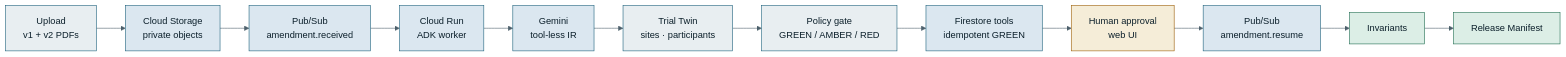
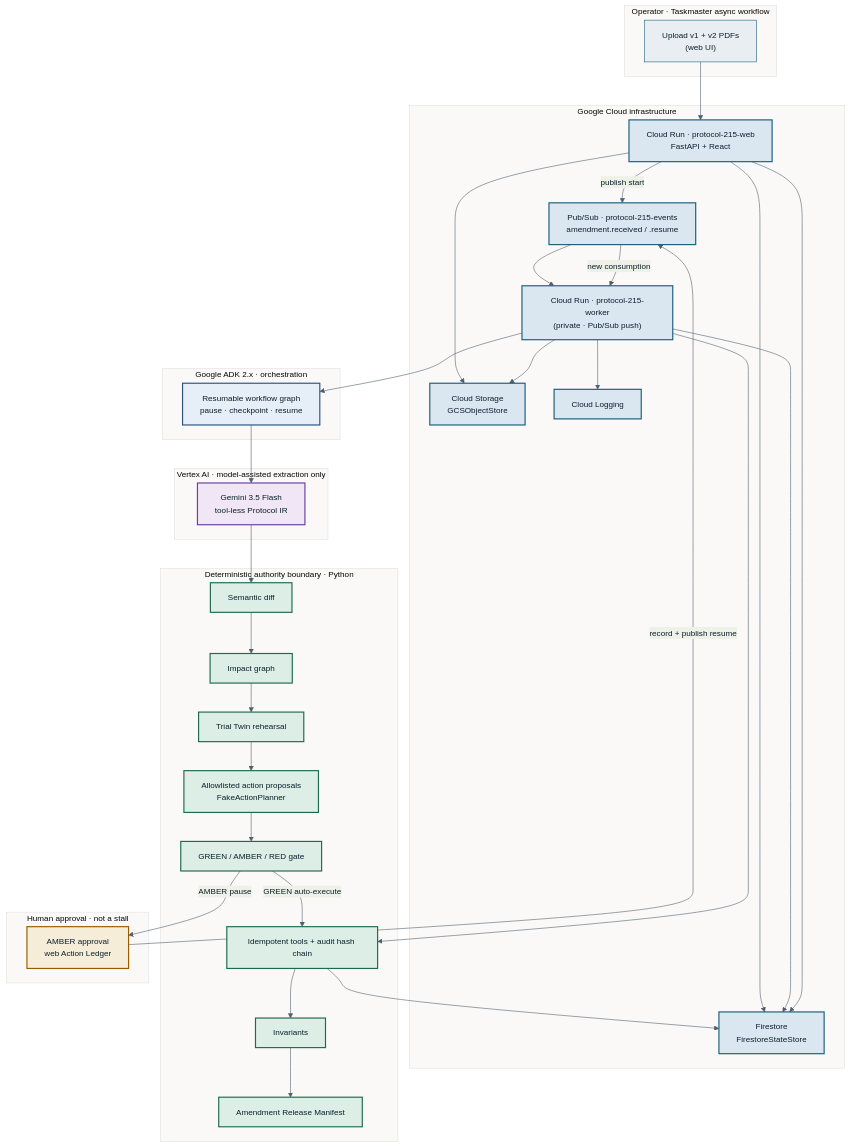
The diagram in docs/architecture.mmd (0xyydeca/Protocol-215), drawn with Mermaid before and after one commit. The commit also changed 26 other files, not shown here.

```diff
--- a/docs/architecture.mmd
+++ b/docs/architecture.mmd
@@ -1,20 +1,70 @@
-%%{init: {'theme': 'base', 'themeVariables': { 'primaryColor': '#e8eef1', 'primaryTextColor': '#0b1f2a', 'primaryBorderColor': '#1a5f7a', 'lineColor': '#4d606c', 'fontFamily': 'IBM Plex Sans'}}}%%
-flowchart LR
-  Upload["Upload<br/>v1 + v2 PDFs"] --> GCS["Cloud Storage<br/>private objects"]
-  GCS --> PubSub["Pub/Sub<br/>amendment.received"]
-  PubSub --> Worker["Cloud Run<br/>ADK worker"]
-  Worker --> Gemini["Gemini<br/>tool-less IR"]
-  Gemini --> Twin["Trial Twin<br/>sites · participants"]
-  Twin --> Policy["Policy gate<br/>GREEN / AMBER / RED"]
-  Policy --> Tools["Firestore tools<br/>idempotent GREEN"]
-  Tools --> Approve["Human approval<br/>web UI"]
-  Approve --> Resume["Pub/Sub<br/>amendment.resume"]
-  Resume --> Inv["Invariants"]
-  Inv --> Manifest["Release Manifest"]
+%%{init: {'theme': 'base', 'themeVariables': { 'primaryColor': '#e8eef1', 'primaryTextColor': '#0b1f2a', 'primaryBorderColor': '#1a5f7a', 'lineColor': '#4d606c', 'fontFamily': 'IBM Plex Sans, system-ui, sans-serif', 'fontSize': '14px'}}}%%
+flowchart TB
+  subgraph UI["Operator · Taskmaster async workflow"]
+    Upload["Upload v1 + v2 PDFs<br/>(web UI)"]
+  end
 
-  classDef cloud fill:#dbe7f0,stroke:#1a5f7a,color:#0b1f2a;
-  classDef human fill:#f5edd8,stroke:#9a5b00,color:#0b1f2a;
-  classDef safe fill:#dceee6,stroke:#1d6b4f,color:#0b1f2a;
-  class GCS,PubSub,Worker,Gemini,Tools,Resume cloud
-  class Approve human
-  class Inv,Manifest safe
+  subgraph GCP["Google Cloud infrastructure"]
+    Web["Cloud Run · protocol-215-web<br/>FastAPI + React"]
+    GCS["Cloud Storage<br/>GCSObjectStore"]
+    FS["Firestore<br/>FirestoreStateStore"]
+    PS["Pub/Sub · protocol-215-events<br/>amendment.received / .resume"]
+    Worker["Cloud Run · protocol-215-worker<br/>(private · Pub/Sub push)"]
+    Log["Cloud Logging"]
+  end
+
+  subgraph ADK["Google ADK 2.x · orchestration"]
+    Graph["Resumable workflow graph<br/>pause · checkpoint · resume"]
+  end
+
+  subgraph Model["Vertex AI · model-assisted extraction only"]
+    Gemini["Gemini 3.5 Flash<br/>tool-less Protocol IR"]
+  end
+
+  subgraph Det["Deterministic authority boundary · Python"]
+    Diff["Semantic diff"]
+    Impact["Impact graph"]
+    Twin["Trial Twin rehearsal"]
+    Plan["Allowlisted action proposals<br/>FakeActionPlanner"]
+    Policy["GREEN / AMBER / RED gate"]
+    Tools["Idempotent tools + audit hash chain"]
+    Inv["Invariants"]
+    Manifest["Amendment Release Manifest"]
+  end
+
+  subgraph Human["Human approval · not a stall"]
+    Approve["AMBER approval<br/>web Action Ledger"]
+  end
+
+  Upload --> Web
+  Web --> GCS
+  Web --> FS
+  Web -->|"publish start"| PS
+  PS --> Worker
+  Worker --> Graph
+  Graph --> Gemini
+  Gemini --> Diff
+  Diff --> Impact --> Twin --> Plan --> Policy
+  Policy -->|"GREEN auto-execute"| Tools
+  Policy -->|"AMBER pause"| Approve
+  Tools --> FS
+  Approve -->|"record + publish resume"| PS
+  PS -->|"new consumption"| Worker
+  Worker --> Tools
+  Tools --> Inv --> Manifest
+  Worker --> FS
+  Worker --> GCS
+  Worker --> Log
+  Web --> FS
+
+  classDef cloud fill:#dbe7f0,stroke:#1a5f7a,color:#0b1f2a,stroke-width:2px;
+  classDef human fill:#f5edd8,stroke:#9a5b00,color:#0b1f2a,stroke-width:2px;
+  classDef det fill:#dceee6,stroke:#1d6b4f,color:#0b1f2a,stroke-width:2px;
+  classDef model fill:#f0e6f5,stroke:#6b3fa0,color:#0b1f2a,stroke-width:2px;
+  classDef adk fill:#e6eef8,stroke:#2c5282,color:#0b1f2a,stroke-width:2px;
+
+  class Web,GCS,FS,PS,Worker,Log cloud;
+  class Approve human;
+  class Diff,Impact,Twin,Plan,Policy,Tools,Inv,Manifest det;
+  class Gemini model;
+  class Graph adk;
```
